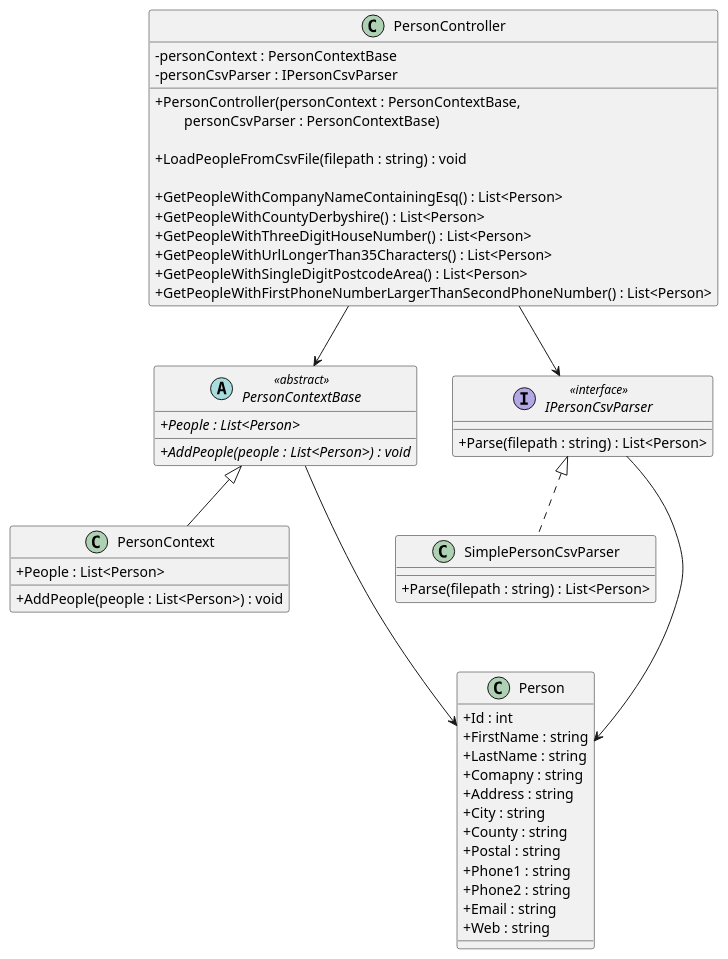
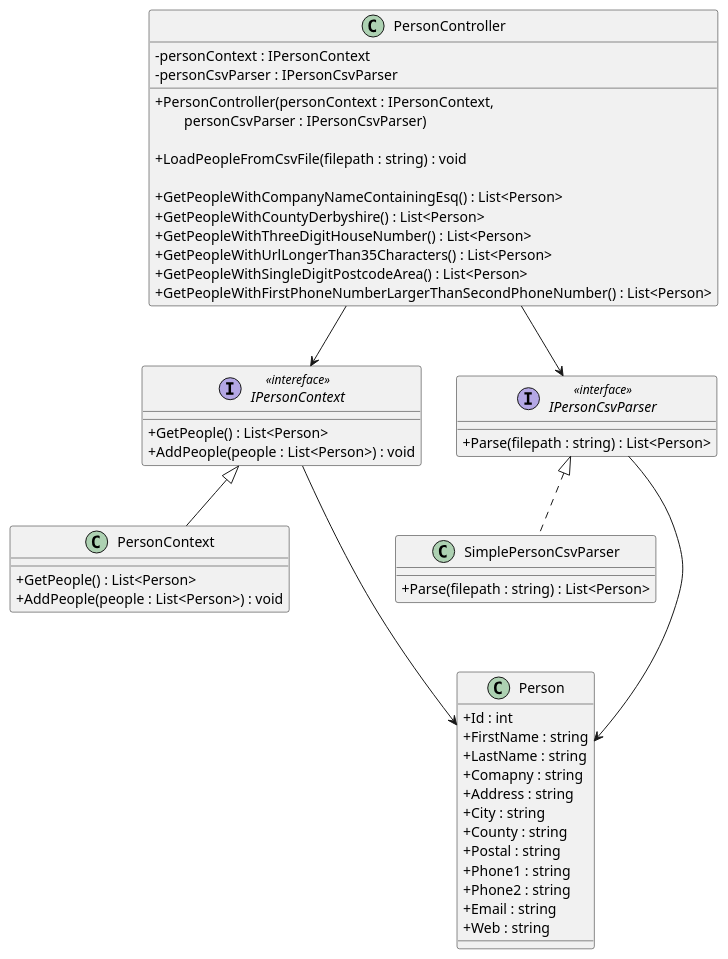
One commit to iamfranco/PersonConsoleApp changed the diagram in diagrams/UML/PersonApp.puml. Above: the diagram before and after it, drawn with PlantUML. The commit also changed 1 other file, not shown here.

Commit message:
UML diagram: change PersonContextBase abstract class into IPersonContext interface

```diff
--- a/diagrams/UML/PersonApp.puml
+++ b/diagrams/UML/PersonApp.puml
@@ -1,65 +1,63 @@
 @startuml "PersonApp"
 skinparam ClassAttributeIconSize 0
 
 class PersonController {
-    - personContext : PersonContextBase
+    - personContext : IPersonContext
     - personCsvParser : IPersonCsvParser
 
-    + PersonController(personContext : PersonContextBase, \n\
-        personCsvParser : PersonContextBase)
+    + PersonController(personContext : IPersonContext, \n\
+        personCsvParser : IPersonCsvParser)
 
     + LoadPeopleFromCsvFile(filepath : string) : void
 
     + GetPeopleWithCompanyNameContainingEsq() : List<Person>
     + GetPeopleWithCountyDerbyshire() : List<Person>
     + GetPeopleWithThreeDigitHouseNumber() : List<Person>
     + GetPeopleWithUrlLongerThan35Characters() : List<Person>
     + GetPeopleWithSingleDigitPostcodeArea() : List<Person>
     + GetPeopleWithFirstPhoneNumberLargerThanSecondPhoneNumber() : List<Person>
 }
 
-abstract PersonContextBase <<abstract>> {
-    {abstract} + People : List<Person>
-
-    {abstract} + AddPeople(people : List<Person>) : void
+interface IPersonContext <<intereface>> {
+    + GetPeople() : List<Person>
+    + AddPeople(people : List<Person>) : void
 }
 
 class PersonContext {
-    + People : List<Person>
-
+    + GetPeople() : List<Person>
     + AddPeople(people : List<Person>) : void
 }
 
 interface IPersonCsvParser <<interface>> {
     + Parse(filepath : string) : List<Person>
 }
 
 class SimplePersonCsvParser {
     + Parse(filepath : string) : List<Person>
 }
 
 class Person {
     + Id : int
     + FirstName : string
     + LastName : string
     + Comapny : string
     + Address : string
     + City : string
     + County : string
     + Postal : string
     + Phone1 : string
     + Phone2 : string
     + Email : string
     + Web : string
 }
 
-PersonController --> PersonContextBase
+PersonController --> IPersonContext
 PersonController --> IPersonCsvParser
 
-PersonContextBase <|-- PersonContext
-PersonContextBase ---> Person
+IPersonContext <|-- PersonContext
+IPersonContext ---> Person
 
 IPersonCsvParser <|.. SimplePersonCsvParser
 IPersonCsvParser ---> Person
 
 @enduml
```
